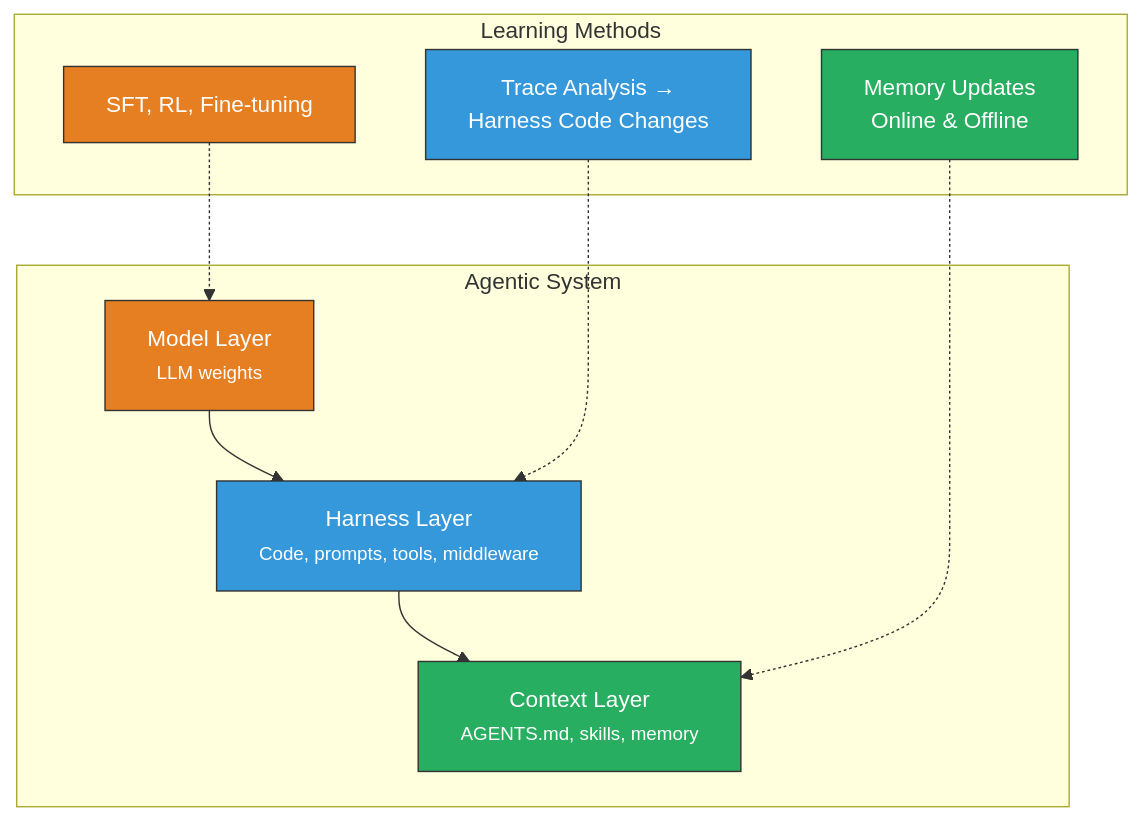
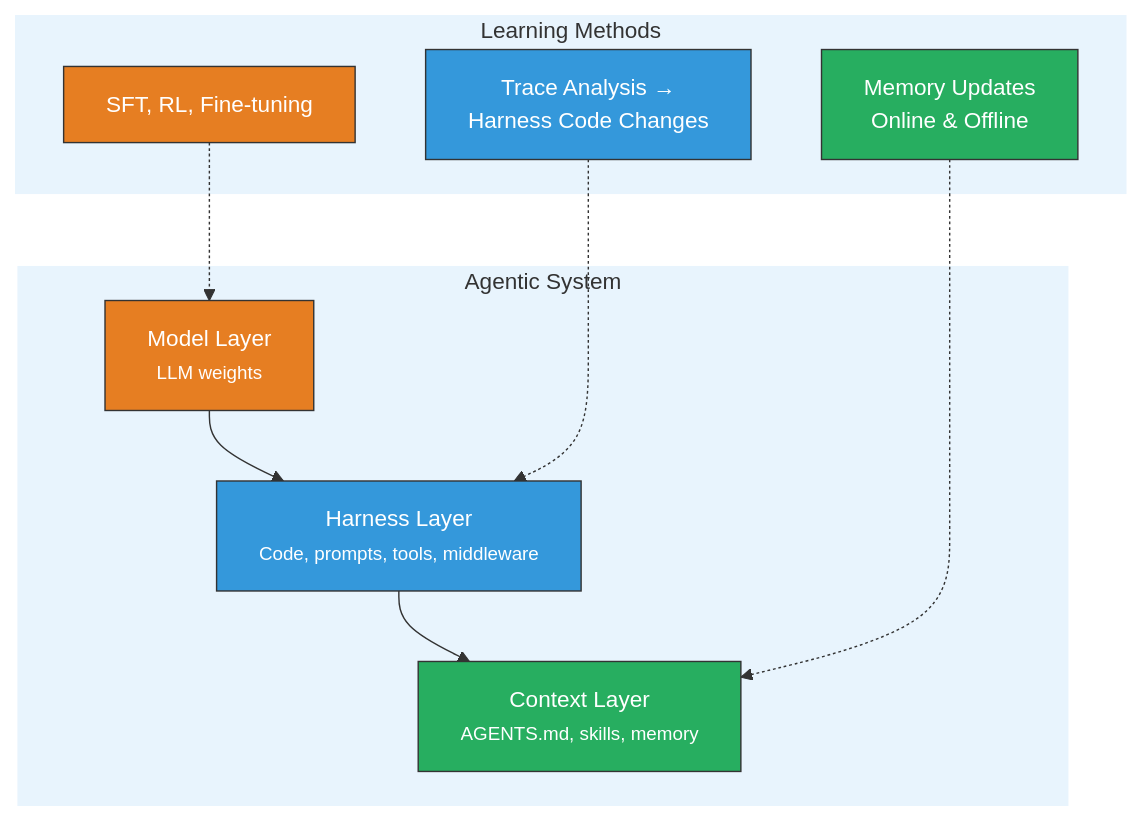
One commit to tanquangduong/tanquangduong.github.io changed the sixth of 6 diagrams in posts/agent/Harness-Engineering-for-AI-Agents.qmd. Above: the diagram before and after it, drawn with Mermaid. The commit also changed other lines of this file and 84 other files, not shown here.

````diff
--- a/posts/agent/Harness-Engineering-for-AI-Agents.qmd
+++ b/posts/agent/Harness-Engineering-for-AI-Agents.qmd
@@ -474,27 +474,29 @@
 ```{mermaid}
 graph TD
-    subgraph "Agentic System"
+    subgraph Agentic_System["Agentic System"]
         M["Model Layer<br/><small>LLM weights</small>"]
         H["Harness Layer<br/><small>Code, prompts, tools, middleware</small>"]
         C["Context Layer<br/><small>AGENTS.md, skills, memory</small>"]
     end
 
     M --> H --> C
 
-    subgraph "Learning Methods"
+    subgraph Learning_Methods["Learning Methods"]
         ML["SFT, RL, Fine-tuning"]
         HL["Trace Analysis →<br/>Harness Code Changes"]
         CL["Memory Updates<br/>Online & Offline"]
     end
 
     ML -.-> M
     HL -.-> H
     CL -.-> C
 
     style M fill:#e67e22,color:#fff,stroke:#333
     style H fill:#3498db,color:#fff,stroke:#333
     style C fill:#27ae60,color:#fff,stroke:#333
     style ML fill:#e67e22,color:#fff,stroke:#333
     style HL fill:#3498db,color:#fff,stroke:#333
     style CL fill:#27ae60,color:#fff,stroke:#333
+    style Agentic_System fill:#e8f4fd, stroke:#fff
+    style Learning_Methods fill:#e8f4fd, stroke:#fff
 ```
````
